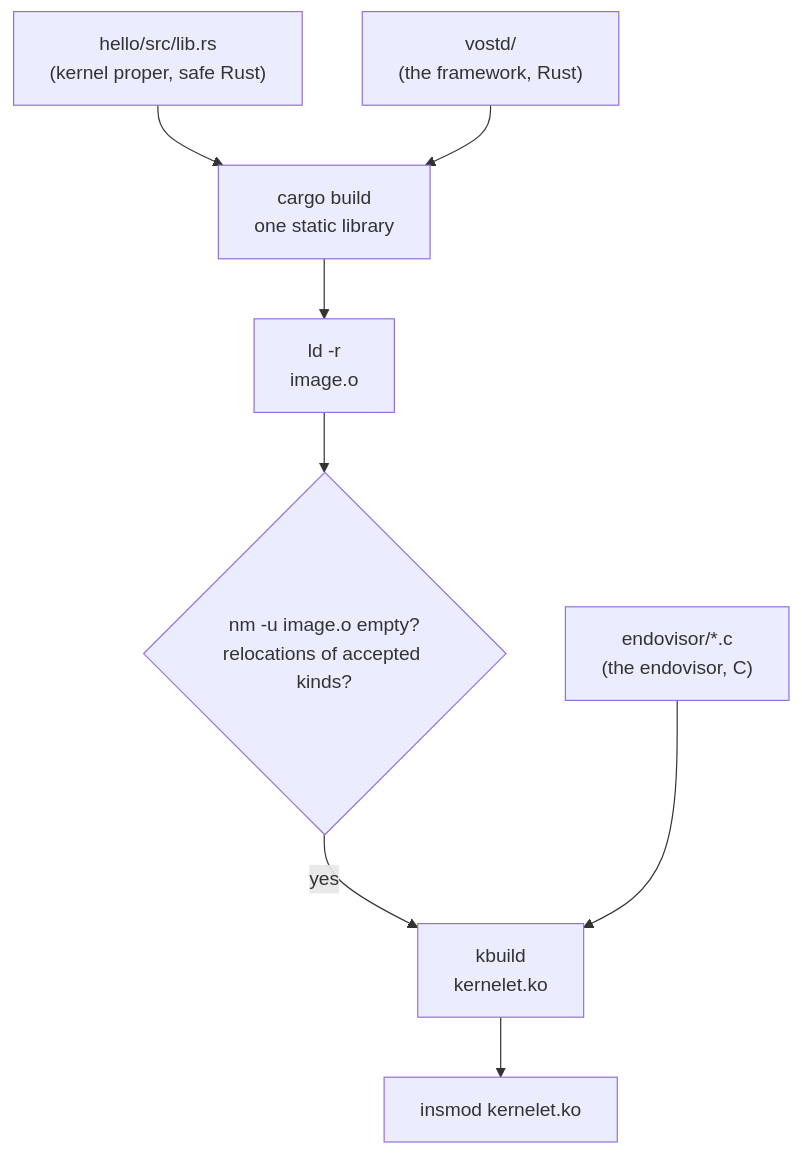
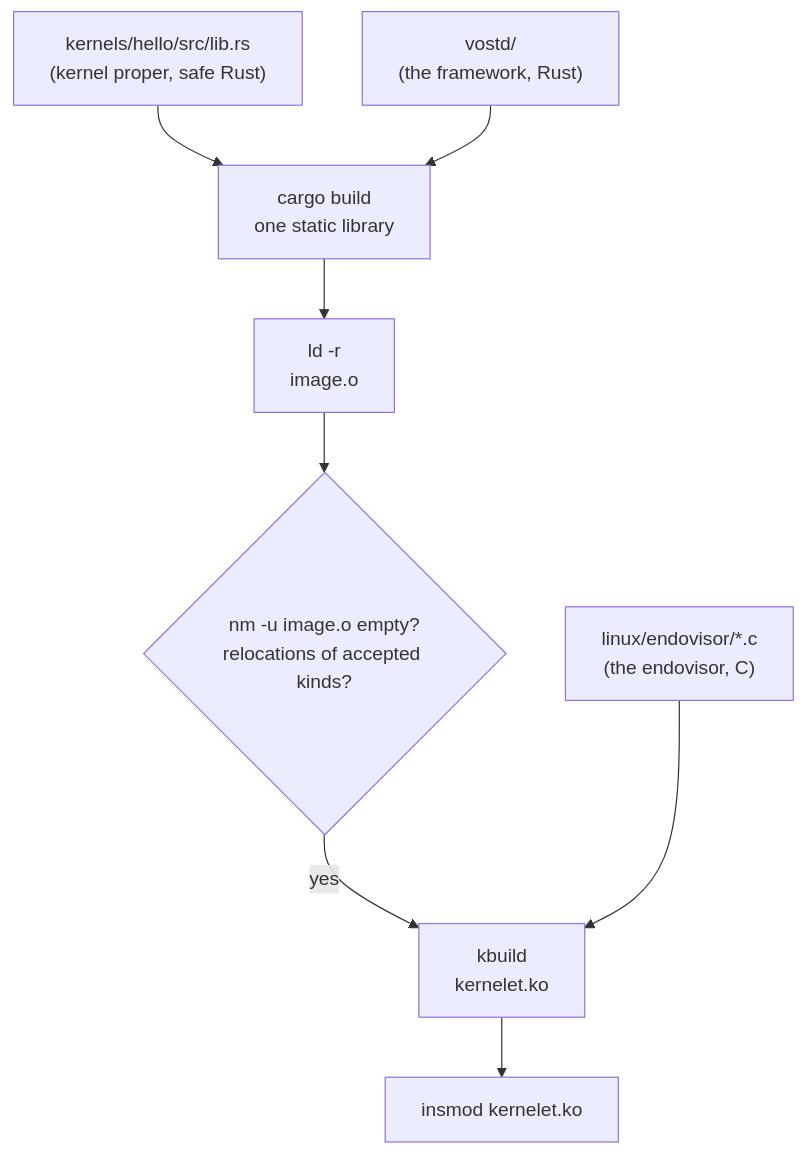
One commit to Plucky923/kernelet changed the diagram in src/what-a-kernelet-is-made-of.md. Above: the diagram before and after it, drawn with Mermaid. The commit also changed other lines of this file and 28 other files, not shown here.

````diff
--- a/src/what-a-kernelet-is-made-of.md
+++ b/src/what-a-kernelet-is-made-of.md
@@ -15,10 +15,10 @@
 ```mermaid
 flowchart TB
-    hello["hello/src/lib.rs<br/>(kernel proper, safe Rust)"] --> cargo
+    hello["kernels/hello/src/lib.rs<br/>(kernel proper, safe Rust)"] --> cargo
     vostd["vostd/<br/>(the framework, Rust)"] --> cargo
     cargo["cargo build<br/>one static library"] --> ld["ld -r<br/>image.o"]
     ld --> check{"nm -u image.o empty?<br/>relocations of accepted kinds?"}
     check -- yes --> kbuild["kbuild<br/>kernelet.ko"]
-    endo["endovisor/*.c<br/>(the endovisor, C)"] --> kbuild
+    endo["linux/endovisor/*.c<br/>(the endovisor, C)"] --> kbuild
     kbuild --> insmod["insmod kernelet.ko"]
 ```
````
